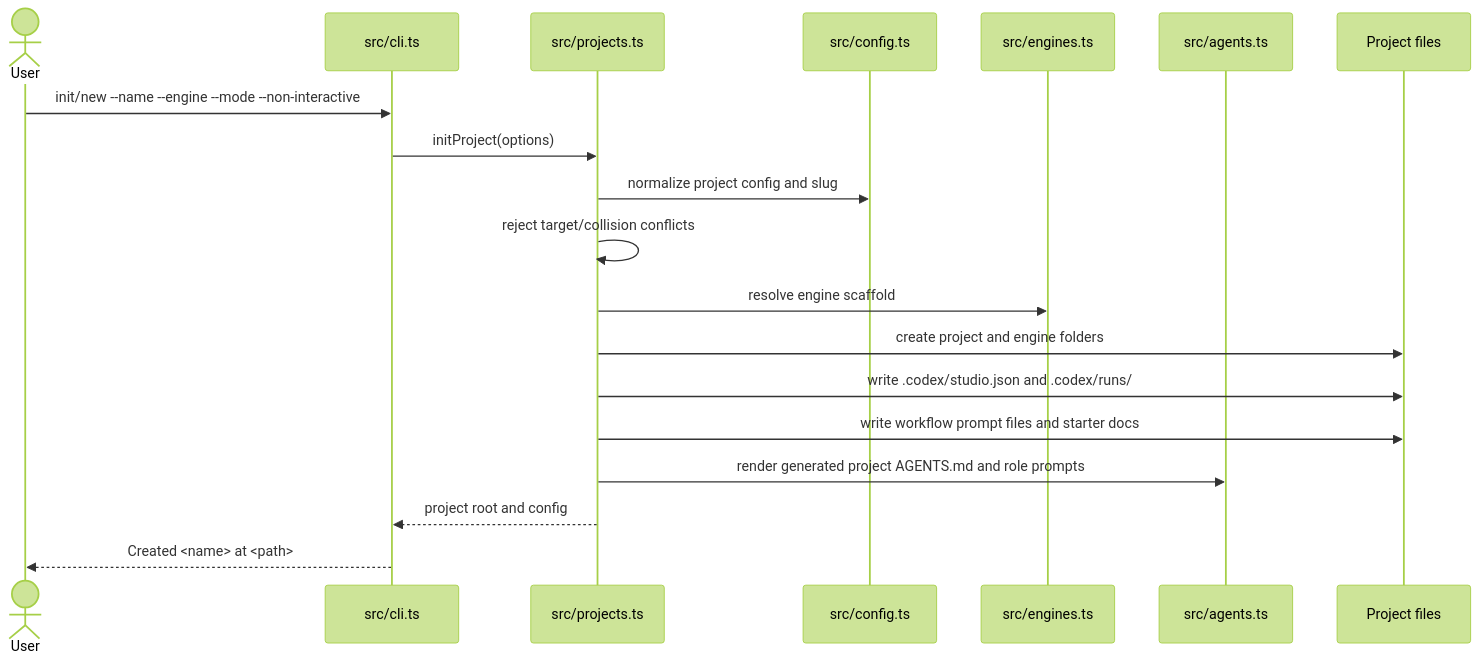
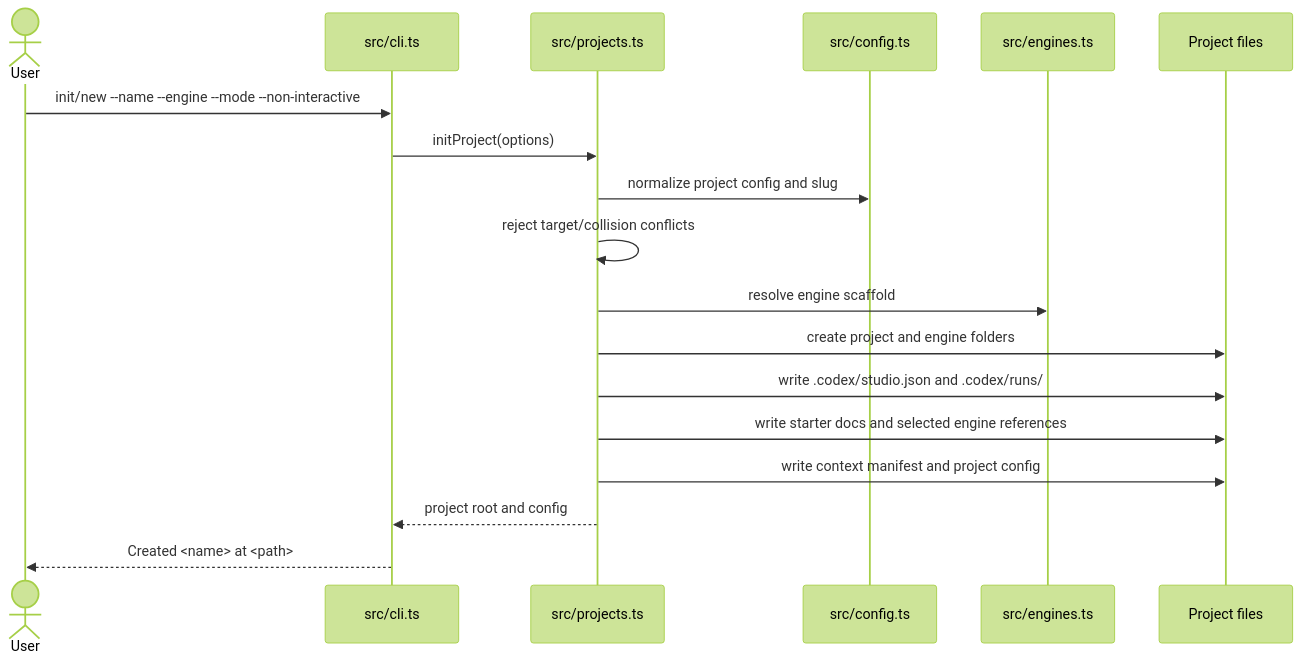
One commit to merlinhu1/codex-game-studio changed the first of 2 diagrams in docs/architecture/flows/project-initialization.md. Above: the diagram before and after it, drawn with Mermaid (forest theme). The commit also changed other lines of this file and 237 other files, not shown here.

````diff
--- a/docs/architecture/flows/project-initialization.md
+++ b/docs/architecture/flows/project-initialization.md
@@ -56,22 +67,21 @@
 ```mermaid
 sequenceDiagram
   actor User
   participant CLI as src/cli.ts
   participant Projects as src/projects.ts
   participant Config as src/config.ts
   participant Engines as src/engines.ts
-  participant Agents as src/agents.ts
   participant FS as Project files
 
   User->>CLI: init/new --name --engine --mode --non-interactive
   CLI->>Projects: initProject(options)
   Projects->>Config: normalize project config and slug
   Projects->>Projects: reject target/collision conflicts
   Projects->>Engines: resolve engine scaffold
   Projects->>FS: create project and engine folders
   Projects->>FS: write .codex/studio.json and .codex/runs/
-  Projects->>FS: write workflow prompt files and starter docs
-  Projects->>Agents: render generated project AGENTS.md and role prompts
+  Projects->>FS: write starter docs and selected engine references
+  Projects->>FS: write context manifest and project config
   Projects-->>CLI: project root and config
   CLI-->>User: Created <name> at <path>
 ```
````
